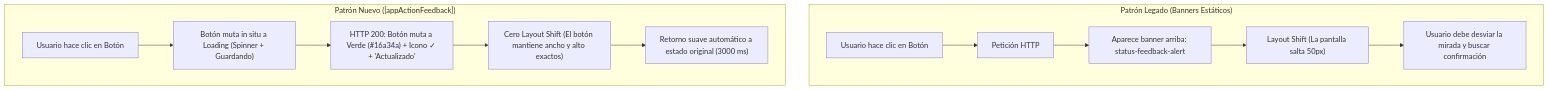
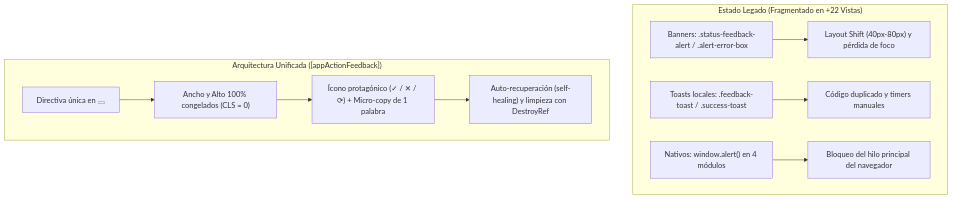
One commit to proyecto-web-abaq/documentation changed the diagram in docs/technical/ideas/2026-11-14-retroalimentacion-en-foco-de-accion-appActionFeedback.md. Above: the diagram before and after it, drawn with Mermaid. The commit also changed other lines of this file and 5 other files, not shown here.

Commit message:
docs(feedback): add exhaustive system-wide interface, button, and legacy alert removal mapping across all 4 docs

````diff
--- a/docs/technical/ideas/2026-11-14-retroalimentacion-en-foco-de-accion-appActionFeedback.md
+++ b/docs/technical/ideas/2026-11-14-retroalimentacion-en-foco-de-accion-appActionFeedback.md
@@ -36,16 +33,14 @@
 ```mermaid
 flowchart TD
-    subgraph Antes ["Patrón Legado (Banners Estáticos)"]
-        A1["Usuario hace clic en Botón"] --> A2["Petición HTTP"]
-        A2 --> A3["Aparece banner arriba: status-feedback-alert"]
-        A3 --> A4["Layout Shift (La pantalla salta 50px)"]
-        A4 --> A5["Usuario debe desviar la mirada y buscar confirmación"]
+    subgraph Antes ["Estado Legado (Fragmentado en +22 Vistas)"]
+        A1["Banners: .status-feedback-alert / .alert-error-box"] --> P1["Layout Shift (40px-80px) y pérdida de foco"]
+        A2["Toasts locales: .feedback-toast / .success-toast"] --> P2["Código duplicado y timers manuales"]
+        A3["Nativos: window.alert() en 4 módulos"] --> P3["Bloqueo del hilo principal del navegador"]
     end
 
-    subgraph Despues ["Patrón Nuevo ([appActionFeedback])"]
-        B1["Usuario hace clic en Botón"] --> B2["Botón muta in situ a Loading (Spinner + Guardando)"]
-        B2 --> B3["HTTP 200: Botón muta a Verde (#16a34a) + Icono ✓ + 'Actualizado'"]
-        B3 --> B4["Cero Layout Shift (El botón mantiene ancho y alto exactos)"]
-        B4 --> B5["Retorno suave automático a estado original (3000 ms)"]
+    subgraph Despues ["Arquitectura Unificada ([appActionFeedback])"]
+        B1["Directiva única en <button [appActionFeedback]>"] --> S1["Ancho y Alto 100% congelados (CLS = 0)"]
+        S1 --> S2["Ícono protagónico (✓ / ✕ / ⟳) + Micro-copy de 1 palabra"]
+        S2 --> S3["Auto-recuperación (self-healing) y limpieza con DestroyRef"]
     end
 ```
````
